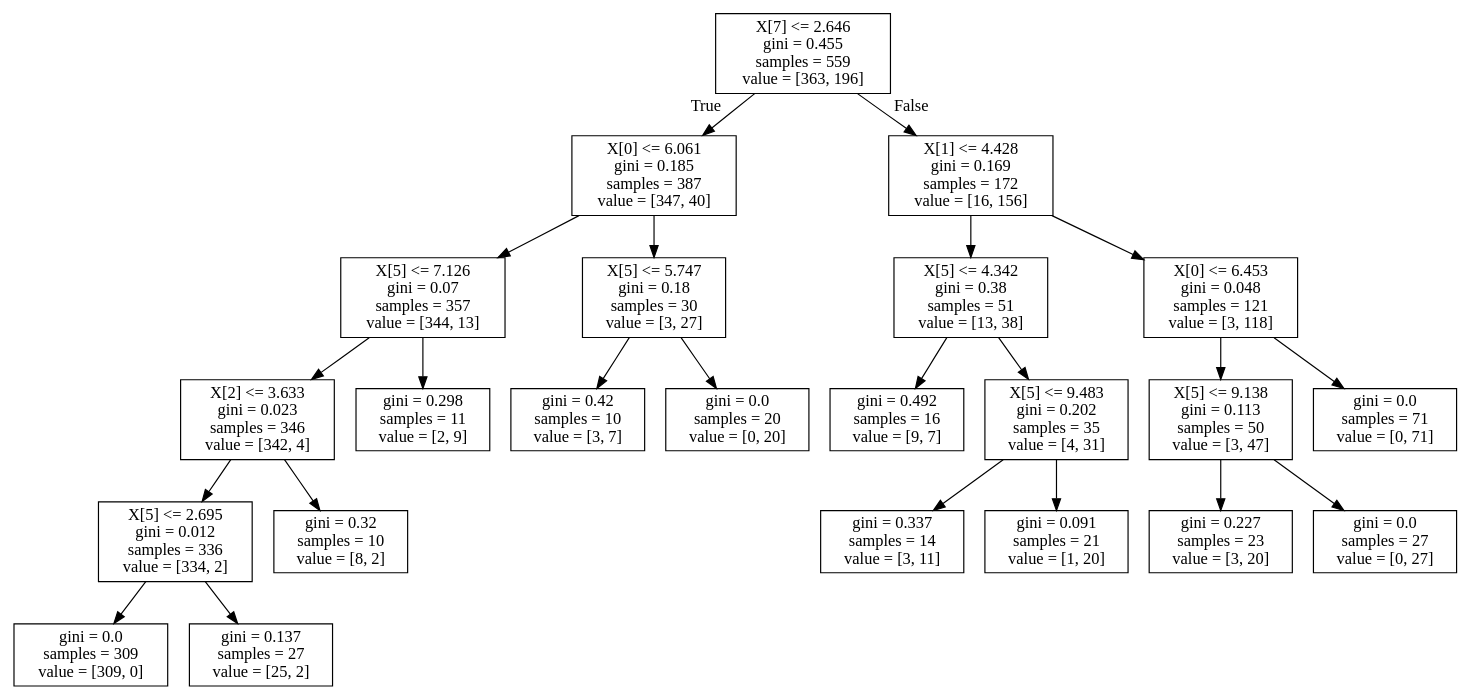
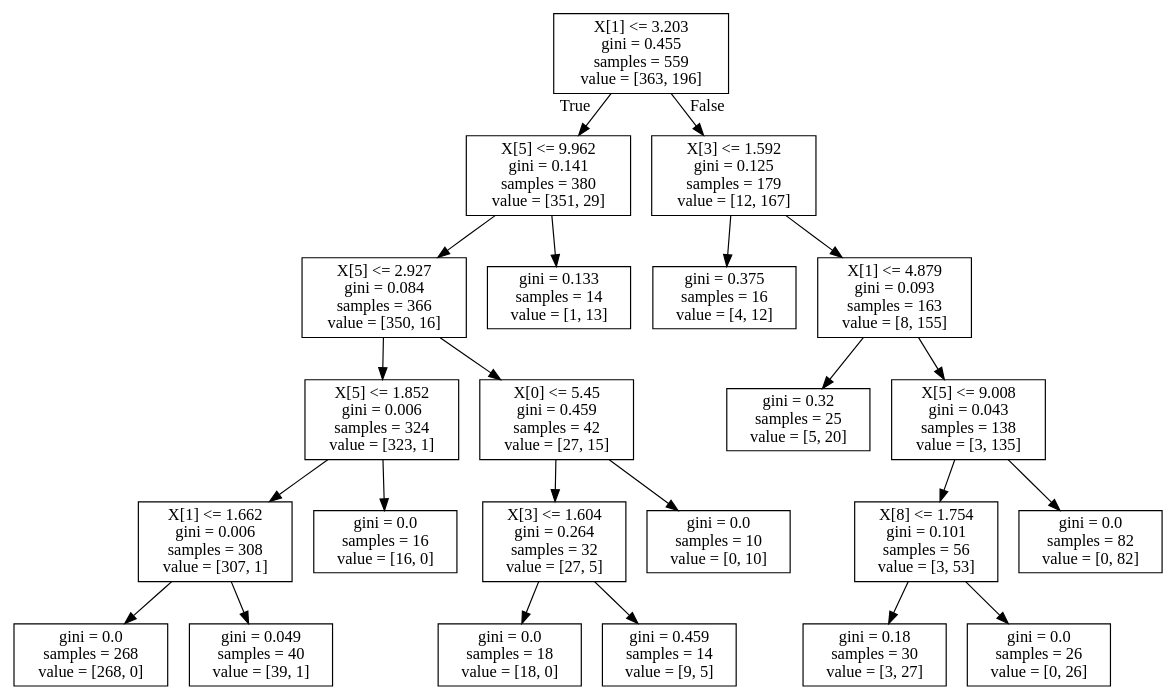
Before and after one commit to bradreardon/cs4641-supervised-learning: the diagram in out/decision_tree_pruning/breastcancer-prune.dot, drawn with Graphviz. The commit also changed 22 other files, not shown here.

```diff
--- a/out/decision_tree_pruning/breastcancer-prune.dot
+++ b/out/decision_tree_pruning/breastcancer-prune.dot
@@ -1,48 +1,48 @@
 digraph Tree {
 node [shape=box] ;
-0 [label="X[7] <= 2.646\ngini = 0.455\nsamples = 559\nvalue = [363, 196]"] ;
-1 [label="X[0] <= 6.061\ngini = 0.185\nsamples = 387\nvalue = [347, 40]"] ;
+0 [label="X[1] <= 3.203\ngini = 0.455\nsamples = 559\nvalue = [363, 196]"] ;
+1 [label="X[5] <= 9.962\ngini = 0.141\nsamples = 380\nvalue = [351, 29]"] ;
 0 -> 1 [labeldistance=2.5, labelangle=45, headlabel="True"] ;
-2 [label="X[5] <= 7.126\ngini = 0.07\nsamples = 357\nvalue = [344, 13]"] ;
+2 [label="X[5] <= 2.927\ngini = 0.084\nsamples = 366\nvalue = [350, 16]"] ;
 1 -> 2 ;
-3 [label="X[2] <= 3.633\ngini = 0.023\nsamples = 346\nvalue = [342, 4]"] ;
+3 [label="X[5] <= 1.852\ngini = 0.006\nsamples = 324\nvalue = [323, 1]"] ;
 2 -> 3 ;
-4 [label="X[5] <= 2.695\ngini = 0.012\nsamples = 336\nvalue = [334, 2]"] ;
+4 [label="X[1] <= 1.662\ngini = 0.006\nsamples = 308\nvalue = [307, 1]"] ;
 3 -> 4 ;
-5 [label="gini = 0.0\nsamples = 309\nvalue = [309, 0]"] ;
+5 [label="gini = 0.0\nsamples = 268\nvalue = [268, 0]"] ;
 4 -> 5 ;
-6 [label="gini = 0.137\nsamples = 27\nvalue = [25, 2]"] ;
+6 [label="gini = 0.049\nsamples = 40\nvalue = [39, 1]"] ;
 4 -> 6 ;
-7 [label="gini = 0.32\nsamples = 10\nvalue = [8, 2]"] ;
+7 [label="gini = 0.0\nsamples = 16\nvalue = [16, 0]"] ;
 3 -> 7 ;
-8 [label="gini = 0.298\nsamples = 11\nvalue = [2, 9]"] ;
+8 [label="X[0] <= 5.45\ngini = 0.459\nsamples = 42\nvalue = [27, 15]"] ;
 2 -> 8 ;
-9 [label="X[5] <= 5.747\ngini = 0.18\nsamples = 30\nvalue = [3, 27]"] ;
-1 -> 9 ;
-10 [label="gini = 0.42\nsamples = 10\nvalue = [3, 7]"] ;
+9 [label="X[3] <= 1.604\ngini = 0.264\nsamples = 32\nvalue = [27, 5]"] ;
+8 -> 9 ;
+10 [label="gini = 0.0\nsamples = 18\nvalue = [18, 0]"] ;
 9 -> 10 ;
-11 [label="gini = 0.0\nsamples = 20\nvalue = [0, 20]"] ;
+11 [label="gini = 0.459\nsamples = 14\nvalue = [9, 5]"] ;
 9 -> 11 ;
-12 [label="X[1] <= 4.428\ngini = 0.169\nsamples = 172\nvalue = [16, 156]"] ;
-0 -> 12 [labeldistance=2.5, labelangle=-45, headlabel="False"] ;
-13 [label="X[5] <= 4.342\ngini = 0.38\nsamples = 51\nvalue = [13, 38]"] ;
-12 -> 13 ;
-14 [label="gini = 0.492\nsamples = 16\nvalue = [9, 7]"] ;
-13 -> 14 ;
-15 [label="X[5] <= 9.483\ngini = 0.202\nsamples = 35\nvalue = [4, 31]"] ;
-13 -> 15 ;
-16 [label="gini = 0.337\nsamples = 14\nvalue = [3, 11]"] ;
-15 -> 16 ;
-17 [label="gini = 0.091\nsamples = 21\nvalue = [1, 20]"] ;
-15 -> 17 ;
-18 [label="X[0] <= 6.453\ngini = 0.048\nsamples = 121\nvalue = [3, 118]"] ;
-12 -> 18 ;
-19 [label="X[5] <= 9.138\ngini = 0.113\nsamples = 50\nvalue = [3, 47]"] ;
+12 [label="gini = 0.0\nsamples = 10\nvalue = [0, 10]"] ;
+8 -> 12 ;
+13 [label="gini = 0.133\nsamples = 14\nvalue = [1, 13]"] ;
+1 -> 13 ;
+14 [label="X[3] <= 1.592\ngini = 0.125\nsamples = 179\nvalue = [12, 167]"] ;
+0 -> 14 [labeldistance=2.5, labelangle=-45, headlabel="False"] ;
+15 [label="gini = 0.375\nsamples = 16\nvalue = [4, 12]"] ;
+14 -> 15 ;
+16 [label="X[1] <= 4.879\ngini = 0.093\nsamples = 163\nvalue = [8, 155]"] ;
+14 -> 16 ;
+17 [label="gini = 0.32\nsamples = 25\nvalue = [5, 20]"] ;
+16 -> 17 ;
+18 [label="X[5] <= 9.008\ngini = 0.043\nsamples = 138\nvalue = [3, 135]"] ;
+16 -> 18 ;
+19 [label="X[8] <= 1.754\ngini = 0.101\nsamples = 56\nvalue = [3, 53]"] ;
 18 -> 19 ;
-20 [label="gini = 0.227\nsamples = 23\nvalue = [3, 20]"] ;
+20 [label="gini = 0.18\nsamples = 30\nvalue = [3, 27]"] ;
 19 -> 20 ;
-21 [label="gini = 0.0\nsamples = 27\nvalue = [0, 27]"] ;
+21 [label="gini = 0.0\nsamples = 26\nvalue = [0, 26]"] ;
 19 -> 21 ;
-22 [label="gini = 0.0\nsamples = 71\nvalue = [0, 71]"] ;
+22 [label="gini = 0.0\nsamples = 82\nvalue = [0, 82]"] ;
 18 -> 22 ;
 }
```
